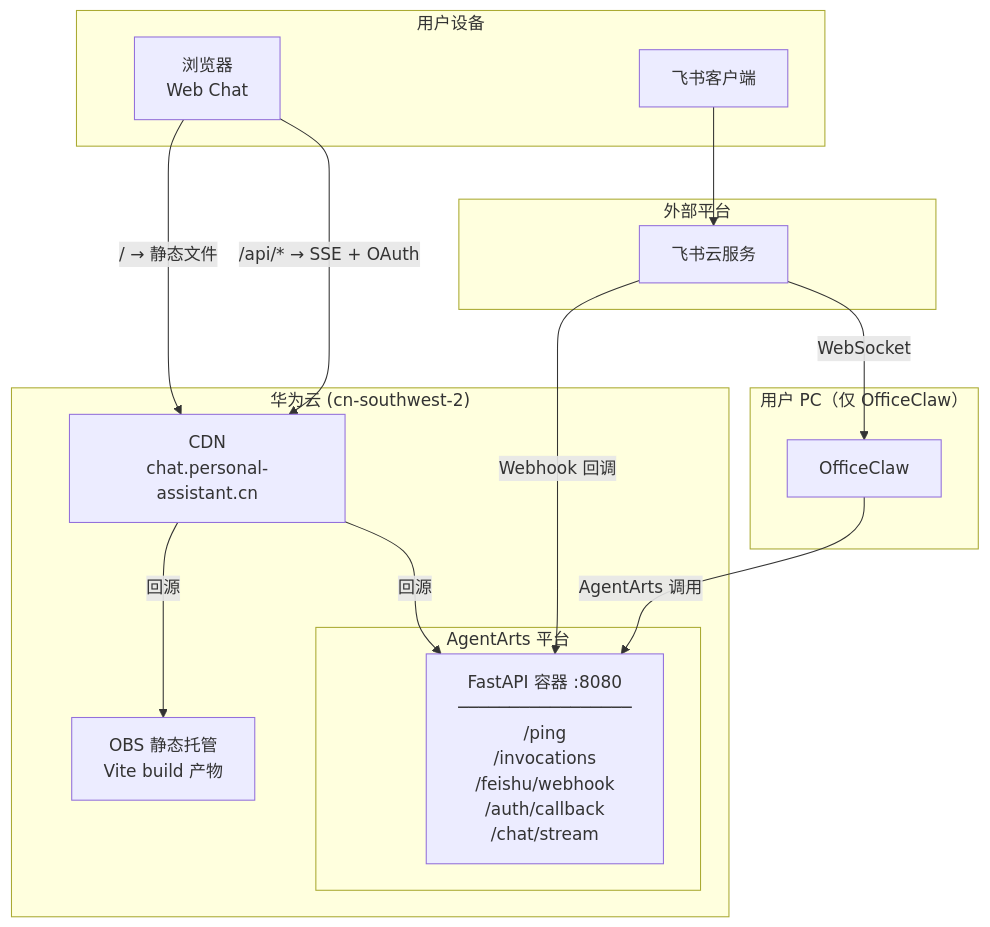
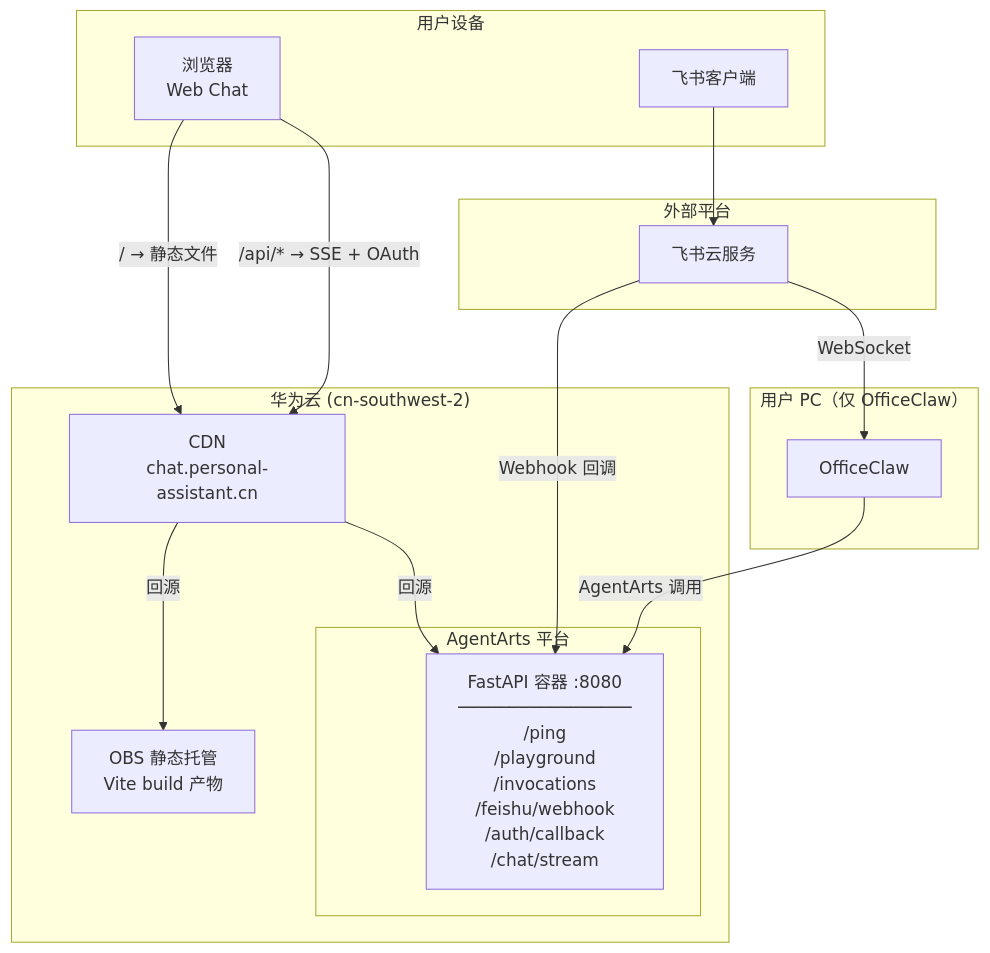
The seventh of 8 diagrams in personal-assistant-meta/architecture/frontend_architecture.md (T-1009/personal-assistant), drawn with Mermaid before and after one commit. The commit also changed other lines of this file and 5 other files, not shown here.

````diff
--- a/personal-assistant-meta/architecture/frontend_architecture.md
+++ b/personal-assistant-meta/architecture/frontend_architecture.md
@@ -199,32 +224,32 @@
 ```mermaid
 flowchart TB
     subgraph UserDevices["用户设备"]
         Browser["浏览器<br/>Web Chat"]
         FeishuApp["飞书客户端"]
     end
 
     subgraph ExternalPlatforms["外部平台"]
         FeishuCloud["飞书云服务"]
     end
 
     subgraph UserPC["用户 PC（仅 OfficeClaw）"]
         OC["OfficeClaw"]
     end
 
     subgraph HuaweiCloud["华为云 (cn-southwest-2)"]
         CDN["CDN<br/>chat.personal-assistant.cn"]
         OBS["OBS 静态托管<br/>Vite build 产物"]
         subgraph AgentArts["AgentArts 平台"]
-            FastAPI["FastAPI 容器 :8080<br/>─────────────────<br/>/ping<br/>/invocations<br/>/feishu/webhook<br/>/auth/callback<br/>/chat/stream"]
+            FastAPI["FastAPI 容器 :8080<br/>─────────────────<br/>/ping<br/>/playground<br/>/invocations<br/>/feishu/webhook<br/>/auth/callback<br/>/chat/stream"]
         end
     end
 
     Browser -->|"/ → 静态文件"| CDN
     CDN -->|"回源"| OBS
     Browser -->|"/api/* → SSE + OAuth"| CDN
     CDN -->|"回源"| FastAPI
     FeishuApp --> FeishuCloud
     FeishuCloud -->|"Webhook 回调"| FastAPI
     FeishuCloud -->|"WebSocket"| OC
     OC -->|"AgentArts 调用"| FastAPI
 ```
````
